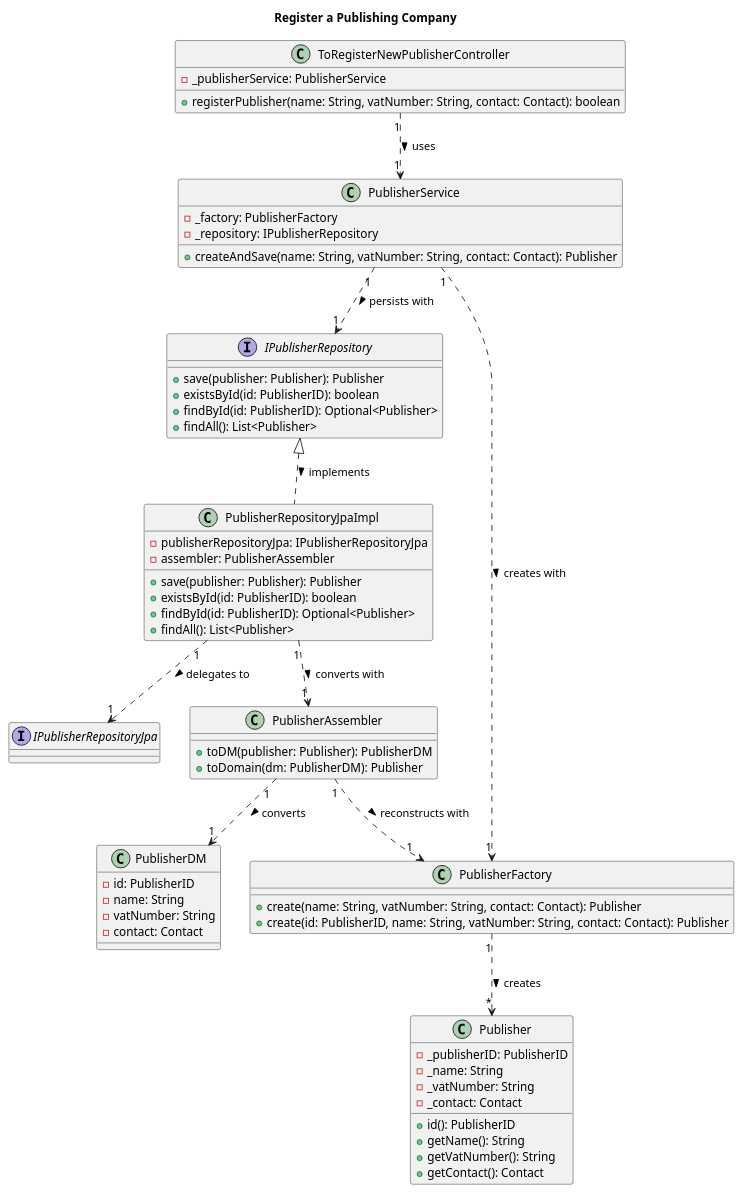
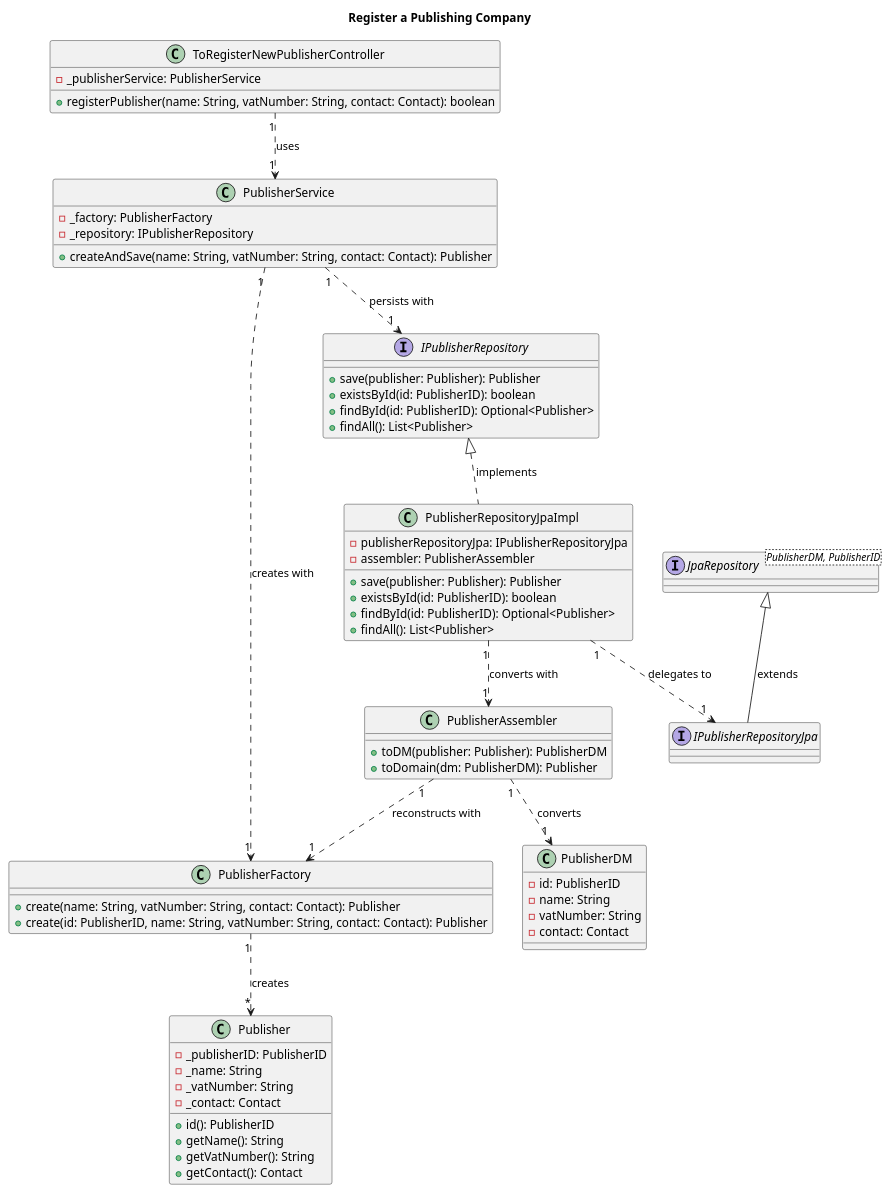
The diagram in Diagrams/ClassDiagrams/To-register-a-publishing-company.puml (AndrePereiraGitH/SWitCH-Project-Team_A), drawn with PlantUML before and after one commit. The commit also changed other lines of this file and 3 other files, not shown here.

Commit message:
#752 correction to PR ToRegisterPublisher

```diff
--- a/Diagrams/ClassDiagrams/To-register-a-publishing-company.puml
+++ b/Diagrams/ClassDiagrams/To-register-a-publishing-company.puml
@@ -2,71 +1,76 @@
 @startuml
 title Register a Publishing Company
 
 class ToRegisterNewPublisherController {
   -_publisherService: PublisherService
   +registerPublisher(name: String, vatNumber: String, contact: Contact): boolean
 }
 
 class PublisherService {
   -_factory: PublisherFactory
   -_repository: IPublisherRepository
   +createAndSave(name: String, vatNumber: String, contact: Contact): Publisher
 }
 
 interface IPublisherRepository {
   +save(publisher: Publisher): Publisher
   +existsById(id: PublisherID): boolean
   +findById(id: PublisherID): Optional<Publisher>
   +findAll(): List<Publisher>
 }
 
 class PublisherRepositoryJpaImpl {
   -publisherRepositoryJpa: IPublisherRepositoryJpa
   -assembler: PublisherAssembler
   +save(publisher: Publisher): Publisher
   +existsById(id: PublisherID): boolean
   +findById(id: PublisherID): Optional<Publisher>
   +findAll(): List<Publisher>
 }
 
 class PublisherFactory {
   +create(name: String, vatNumber: String, contact: Contact): Publisher
   +create(id: PublisherID, name: String, vatNumber: String, contact: Contact): Publisher
 }
 
 class Publisher {
   -_publisherID: PublisherID
   -_name: String
   -_vatNumber: String
   -_contact: Contact
   +id(): PublisherID
   +getName(): String
   +getVatNumber(): String
   +getContact(): Contact
 }
 
 class PublisherAssembler {
   +toDM(publisher: Publisher): PublisherDM
   +toDomain(dm: PublisherDM): Publisher
 }
 
 class PublisherDM {
   -id: PublisherID
   -name: String
   -vatNumber: String
   -contact: Contact
 }
 
+interface JpaRepository<PublisherDM, PublisherID> {
+}
+
 interface IPublisherRepositoryJpa {
 }
 
-ToRegisterNewPublisherController "1" ..> "1" PublisherService : uses >
-PublisherService "1" ..> "1" PublisherFactory : creates with >
-PublisherService "1" ..> "1" IPublisherRepository : persists with >
-IPublisherRepository <|.. PublisherRepositoryJpaImpl : implements >
-PublisherRepositoryJpaImpl "1" ..> "1" PublisherAssembler : converts with >
-PublisherRepositoryJpaImpl "1" ..> "1" IPublisherRepositoryJpa : delegates to >
-PublisherAssembler "1" ..> "1" PublisherFactory : reconstructs with >
-PublisherAssembler "1" ..> "1" PublisherDM : converts >
-PublisherFactory "1" ..> "*" Publisher : creates >
+ToRegisterNewPublisherController "1" ..> "1" PublisherService : uses
+PublisherService "1" ..> "1" PublisherFactory : creates with
+PublisherService "1" ..> "1" IPublisherRepository : persists with
+IPublisherRepository <|.. PublisherRepositoryJpaImpl : implements
+PublisherRepositoryJpaImpl "1" ..> "1" PublisherAssembler : converts with
+PublisherRepositoryJpaImpl "1" ..> "1" IPublisherRepositoryJpa : delegates to
+PublisherAssembler "1" ..> "1" PublisherFactory : reconstructs with
+PublisherAssembler "1" ..> "1" PublisherDM : converts
+PublisherFactory "1" ..> "*" Publisher : creates
+JpaRepository <|-- IPublisherRepositoryJpa : extends
+
 @enduml
```
